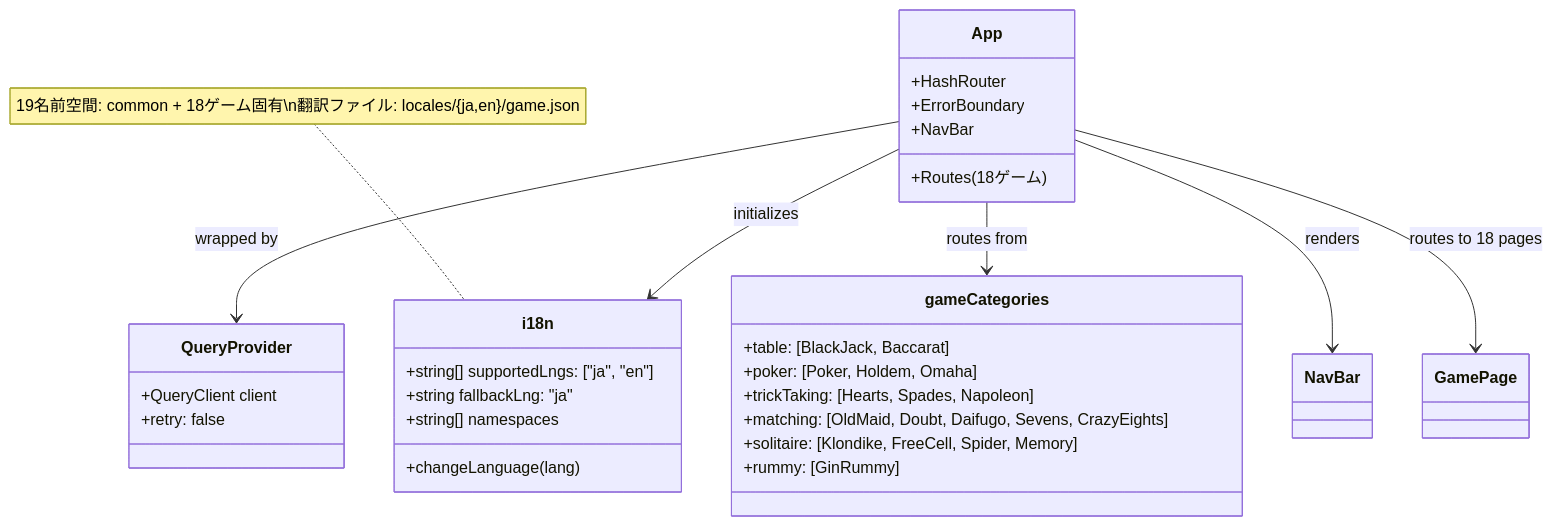
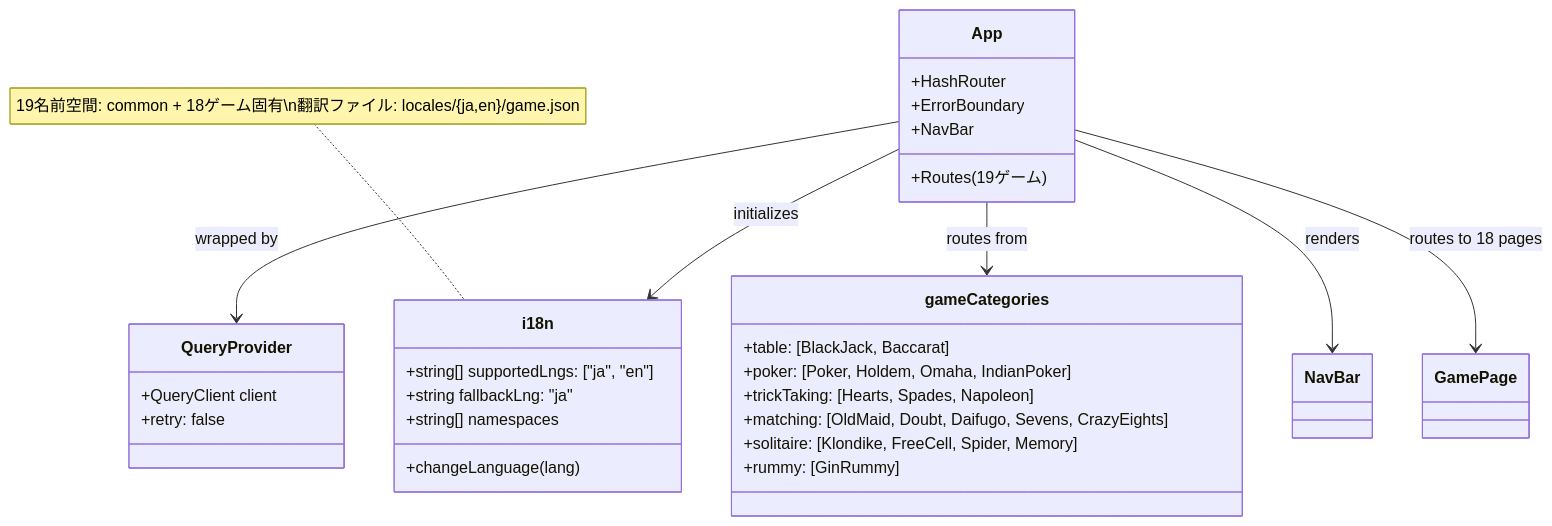
One commit to yuta-yoshinaga/go_trumpcards changed the eighth of 16 diagrams in docs/design/frontend.md. Above: the diagram before and after it, drawn with Mermaid. The commit also changed other lines of this file and 53 other files, not shown here.

First line of the commit message:
feat: add Indian Poker (インディアンポーカー) card game

````diff
--- a/docs/design/frontend.md
+++ b/docs/design/frontend.md
@@ -547,38 +565,38 @@
 ```mermaid
 classDiagram
     class i18n {
         +string[] supportedLngs: ["ja", "en"]
         +string fallbackLng: "ja"
         +string[] namespaces
         +changeLanguage(lang)
     }
 
     class QueryProvider {
         +QueryClient client
         +retry: false
     }
 
     class App {
         +HashRouter
         +ErrorBoundary
         +NavBar
-        +Routes (18ゲーム)
+        +Routes (19ゲーム)
     }
 
     class gameCategories {
         +table: [BlackJack, Baccarat]
-        +poker: [Poker, Holdem, Omaha]
+        +poker: [Poker, Holdem, Omaha, IndianPoker]
         +trickTaking: [Hearts, Spades, Napoleon]
         +matching: [OldMaid, Doubt, Daifugo, Sevens, CrazyEights]
         +solitaire: [Klondike, FreeCell, Spider, Memory]
         +rummy: [GinRummy]
     }
 
     App --> QueryProvider : wrapped by
     App --> i18n : initializes
     App --> gameCategories : routes from
     App --> NavBar : renders
     App --> GamePage : routes to 18 pages
 
     note for i18n "19名前空間: common + 18ゲーム固有\n翻訳ファイル: locales/{ja,en}/game.json"
 ```
````
